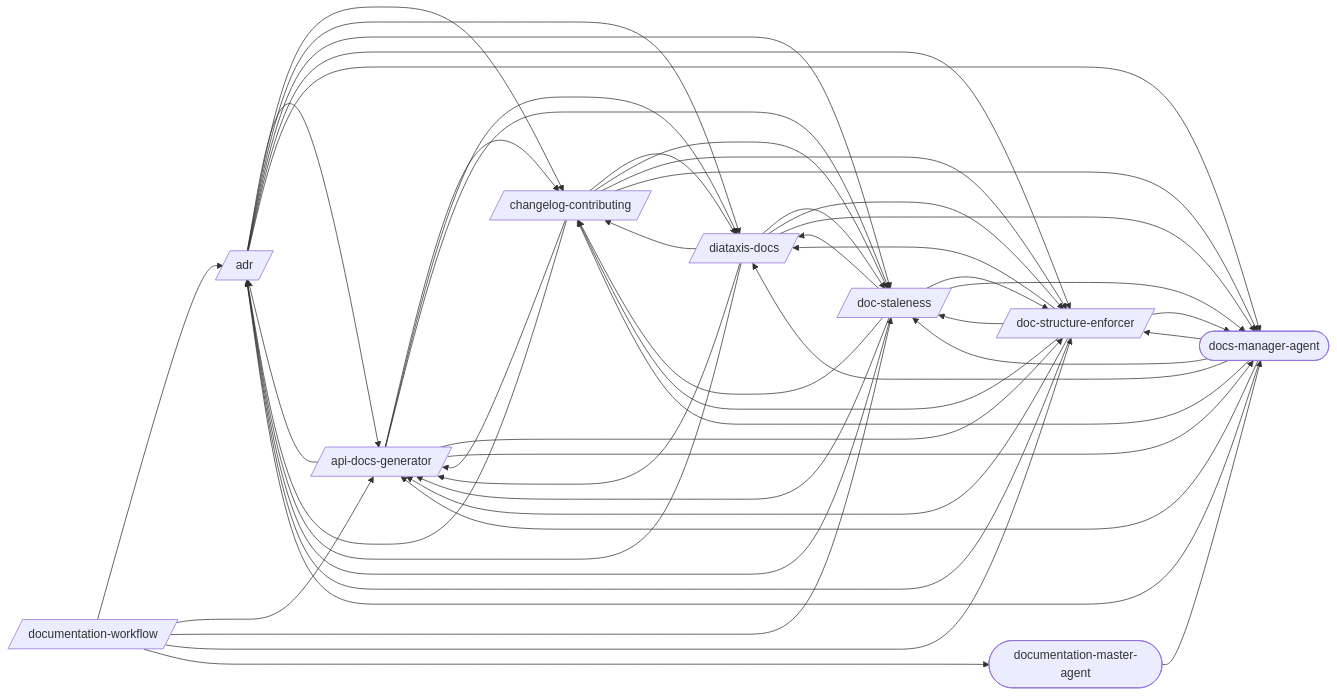
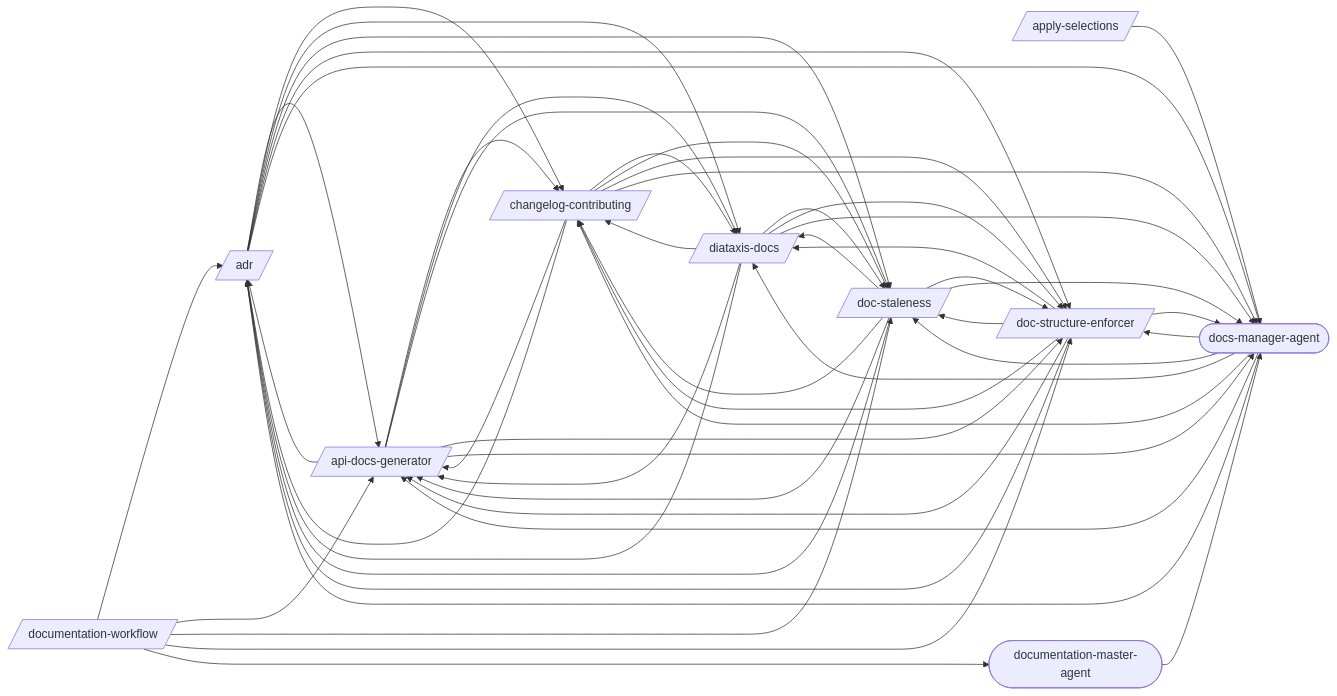
One commit to abhayla/claude-best-practices changed the first of 2 diagrams in docs/workflows/documentation.md. Above: the diagram before and after it, drawn with Mermaid. The commit also changed other lines of this file and 23 other files, not shown here.

````diff
--- a/docs/workflows/documentation.md
+++ b/docs/workflows/documentation.md
@@ -9,60 +11,62 @@
 ```mermaid
 graph LR
     adr[/adr/]
     api_docs_generator[/api-docs-generator/]
+    apply_selections[/apply-selections/]
     changelog_contributing[/changelog-contributing/]
     diataxis_docs[/diataxis-docs/]
     doc_staleness[/doc-staleness/]
     doc_structure_enforcer[/doc-structure-enforcer/]
     documentation_workflow[/documentation-workflow/]
     docs_manager_agent([docs-manager-agent])
     documentation_master_agent([documentation-master-agent])
     adr --> api_docs_generator
     adr --> changelog_contributing
     adr --> diataxis_docs
     adr --> doc_staleness
     adr --> doc_structure_enforcer
     adr --> docs_manager_agent
     api_docs_generator --> adr
     api_docs_generator --> changelog_contributing
     api_docs_generator --> diataxis_docs
     api_docs_generator --> doc_staleness
     api_docs_generator --> doc_structure_enforcer
     api_docs_generator --> docs_manager_agent
+    apply_selections --> docs_manager_agent
     changelog_contributing --> adr
     changelog_contributing --> api_docs_generator
     changelog_contributing --> diataxis_docs
     changelog_contributing --> doc_staleness
     changelog_contributing --> doc_structure_enforcer
     changelog_contributing --> docs_manager_agent
     diataxis_docs --> adr
     diataxis_docs --> api_docs_generator
     diataxis_docs --> changelog_contributing
     diataxis_docs --> doc_staleness
     diataxis_docs --> doc_structure_enforcer
     diataxis_docs --> docs_manager_agent
     doc_staleness --> adr
     doc_staleness --> api_docs_generator
     doc_staleness --> changelog_contributing
     doc_staleness --> diataxis_docs
     doc_staleness --> doc_structure_enforcer
     doc_staleness --> docs_manager_agent
     doc_structure_enforcer --> adr
     doc_structure_enforcer --> api_docs_generator
     doc_structure_enforcer --> changelog_contributing
     doc_structure_enforcer --> diataxis_docs
     doc_structure_enforcer --> doc_staleness
     doc_structure_enforcer --> docs_manager_agent
     documentation_workflow --> adr
     documentation_workflow --> api_docs_generator
     documentation_workflow --> doc_staleness
     documentation_workflow --> doc_structure_enforcer
     documentation_workflow --> documentation_master_agent
     docs_manager_agent --> adr
     docs_manager_agent --> api_docs_generator
     docs_manager_agent --> changelog_contributing
     docs_manager_agent --> diataxis_docs
     docs_manager_agent --> doc_staleness
     docs_manager_agent --> doc_structure_enforcer
     documentation_master_agent --> docs_manager_agent
 ```
````
